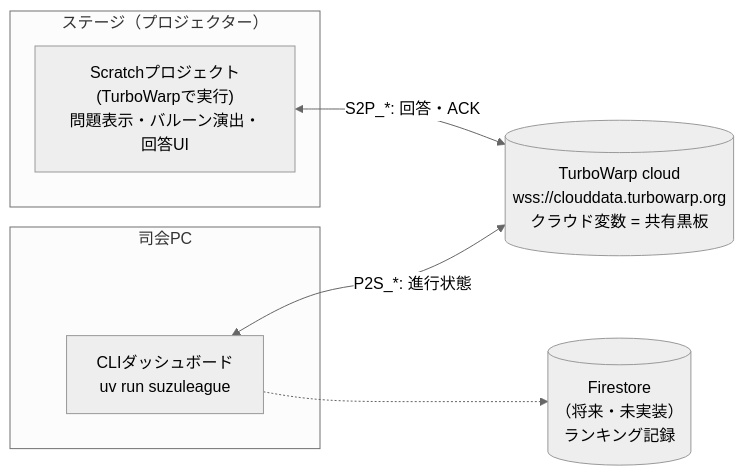
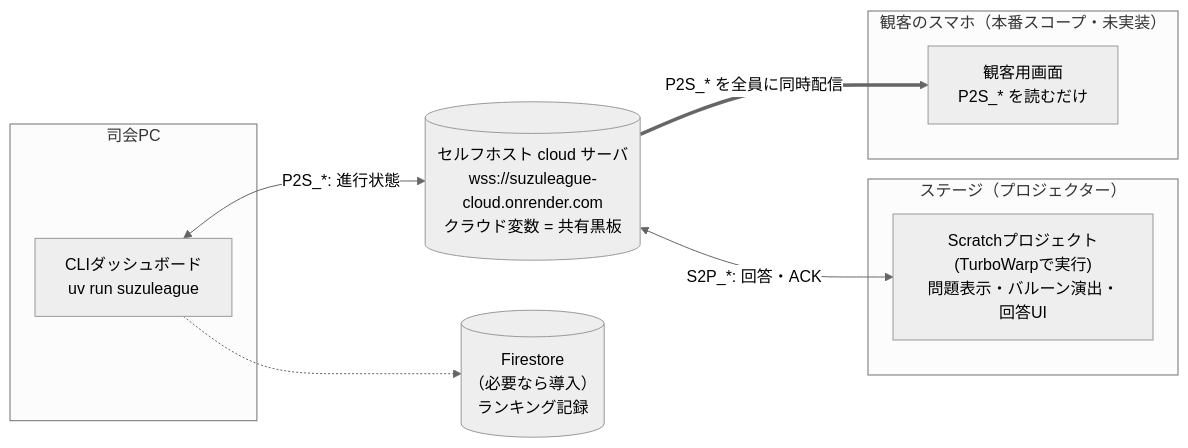
One commit to suzuka-kosen-festa/snctfes2026-suzuleague changed the first of 3 diagrams in docs/architecture.md. Above: the diagram before and after it, drawn with Mermaid (neutral theme). The commit also changed other lines of this file and 2 other files, not shown here.

````diff
--- a/docs/architecture.md
+++ b/docs/architecture.md
@@ -20,14 +20,18 @@
 ```mermaid
 flowchart LR
+    subgraph host["司会PC"]
+        dash["CLIダッシュボード<br>uv run suzuleague"]
+    end
+    cloud[("セルフホスト cloud サーバ<br>wss://suzuleague-cloud.onrender.com<br>クラウド変数 = 共有黒板")]
     subgraph stage["ステージ（プロジェクター）"]
         scratch["Scratchプロジェクト<br>(TurboWarpで実行)<br>問題表示・バルーン演出・回答UI"]
     end
-    subgraph host["司会PC"]
-        dash["CLIダッシュボード<br>uv run suzuleague"]
+    subgraph audience["観客のスマホ（本番スコープ・未実装）"]
+        aud["観客用画面<br>P2S_* を読むだけ"]
     end
-    cloud[("TurboWarp cloud<br>wss://clouddata.turbowarp.org<br>クラウド変数 = 共有黒板")]
-    scratch <-->|"S2P_*: 回答・ACK"| cloud
     dash <-->|"P2S_*: 進行状態"| cloud
-    firestore[("Firestore<br>（将来・未実装）<br>ランキング記録")]
+    cloud <-->|"S2P_*: 回答・ACK"| scratch
+    cloud ==>|"P2S_* を全員に同時配信"| aud
+    firestore[("Firestore<br>（必要なら導入）<br>ランキング記録")]
     dash -.-> firestore
 ```
````
